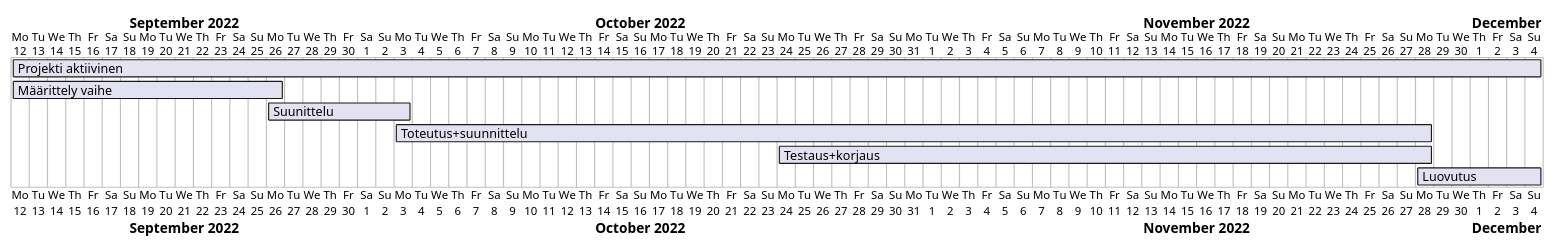
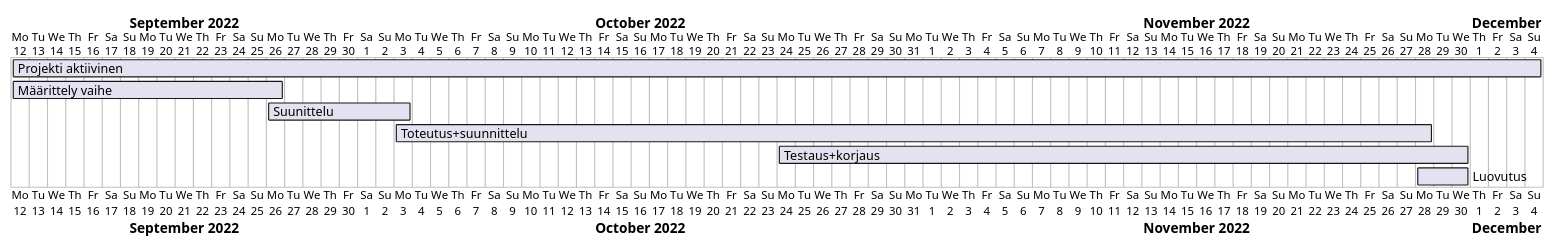
The fourth of 4 diagrams in dokumentit/10-Projektihallinta/Projektisuunnitelma.md (M11k4/DynamiittiOrava), drawn with PlantUML before and after one commit. The commit also changed other lines of this file, not shown here.

Commit message:
Update Projektisuunnitelma.md Projektisuunnitelma valmis

````diff
--- a/dokumentit/10-Projektihallinta/Projektisuunnitelma.md
+++ b/dokumentit/10-Projektihallinta/Projektisuunnitelma.md
@@ -198,11 +198,11 @@
 ```plantuml
 @startgantt
 Project starts 2022-9-12
 [Projekti aktiivinen] Starts 2022-9-12 and ends 2022-12-4
 [Määrittely vaihe] Starts 2022-9-12 and ends 2022-9-26
 [Suunittelu] Starts 2022-9-26 and ends 2022-10-3
 [Toteutus+suunnittelu] Starts 2022-10-3 and ends 2022-11-28
-[Testaus+korjaus] Starts 2022-10-24 and ends 2022-11-28
-[Luovutus] Starts 2022-11-28 and ends 2022-12-4
+[Testaus+korjaus] Starts 2022-10-24 and ends 2022-11-30
+[Luovutus] Starts 2022-11-28 and ends 2022-11-30
 @endgantt
 ```
````
